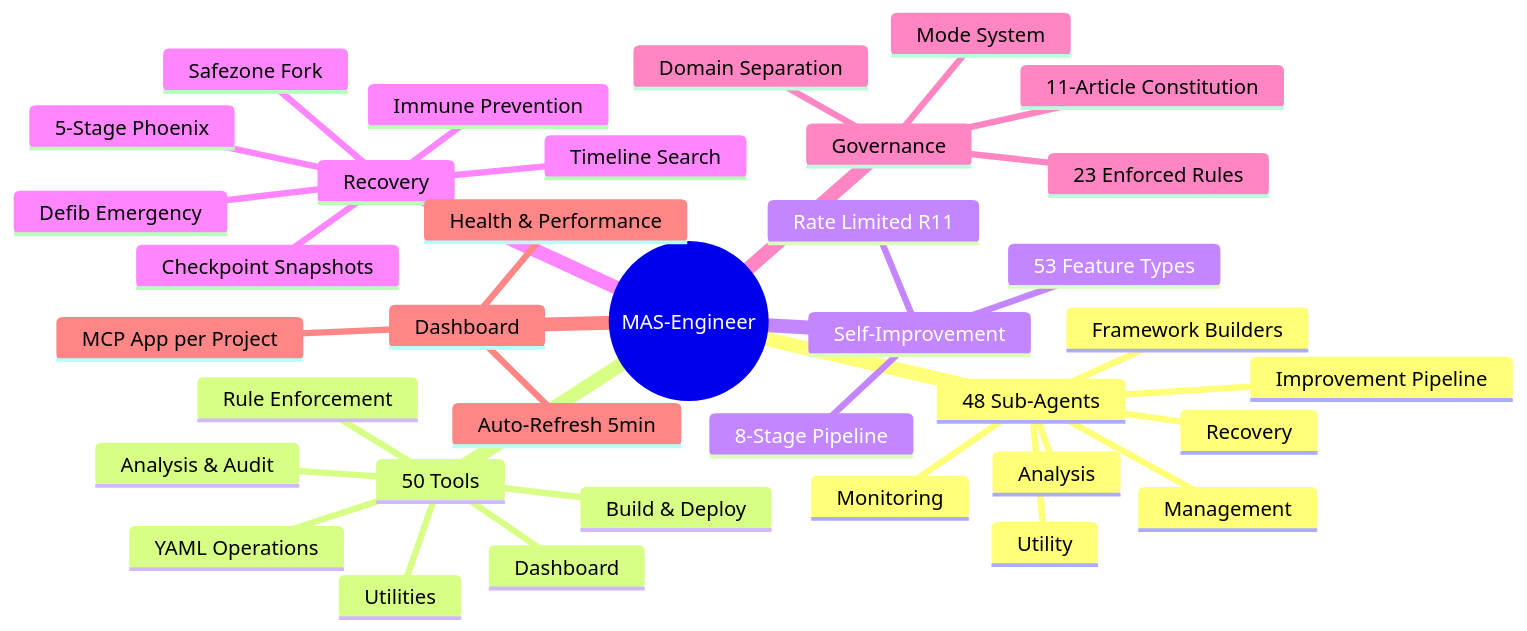
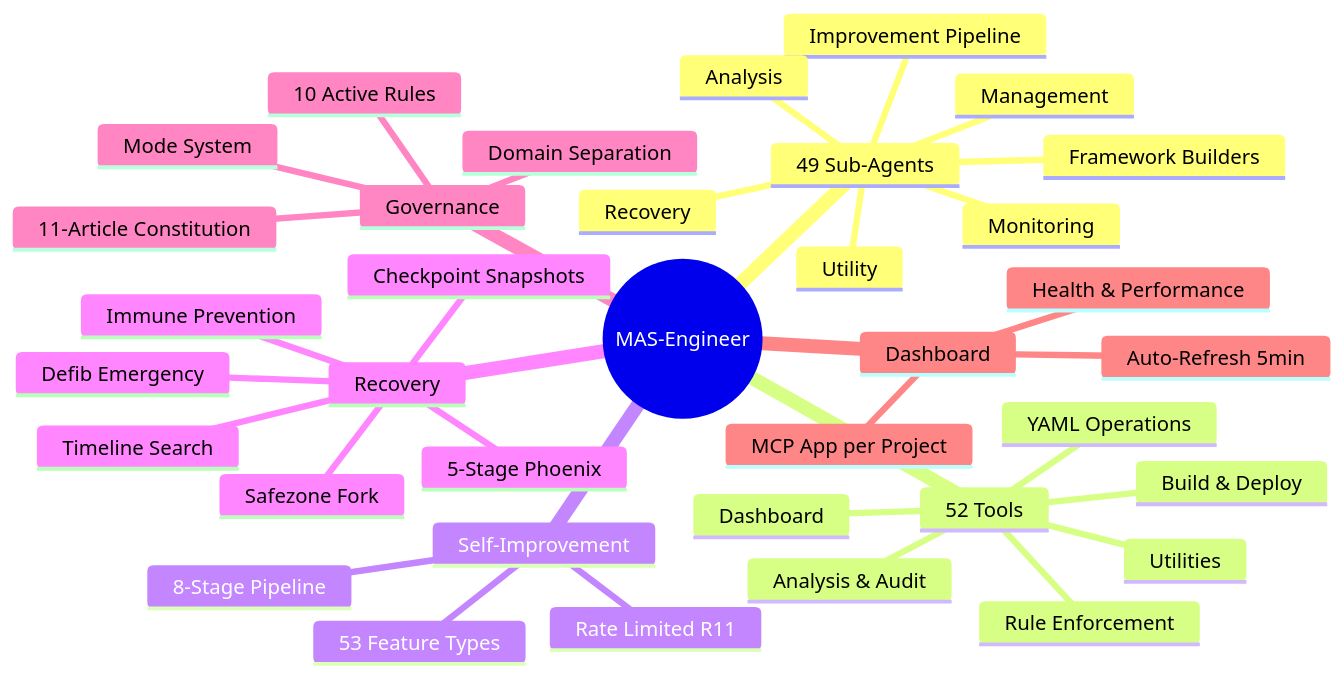
Before and after one commit to mczardybon/mas-engineer: the sixth of 6 diagrams in README.md, drawn with Mermaid. The commit also changed other lines of this file and 23 other files, not shown here.

````diff
--- a/README.md
+++ b/README.md
@@ -459,39 +459,39 @@
 ```mermaid
 mindmap
   root((MAS-Engineer))
-    48 Sub-Agents
+    49 Sub-Agents
       Framework Builders
       Improvement Pipeline
       Monitoring
       Recovery
       Analysis
       Utility
       Management
-    50 Tools
+    52 Tools
       Rule Enforcement
       YAML Operations
       Build & Deploy
       Analysis & Audit
       Dashboard
       Utilities
     Self-Improvement
       8-Stage Pipeline
       53 Feature Types
       Rate Limited R11
     Recovery
       5-Stage Phoenix
       Immune Prevention
       Checkpoint Snapshots
       Safezone Fork
       Timeline Search
       Defib Emergency
     Governance
-      23 Enforced Rules
+      10 Active Rules
       11-Article Constitution
       Mode System
       Domain Separation
     Dashboard
       MCP App per Project
       Auto-Refresh 5min
       Health & Performance
 ```
````
